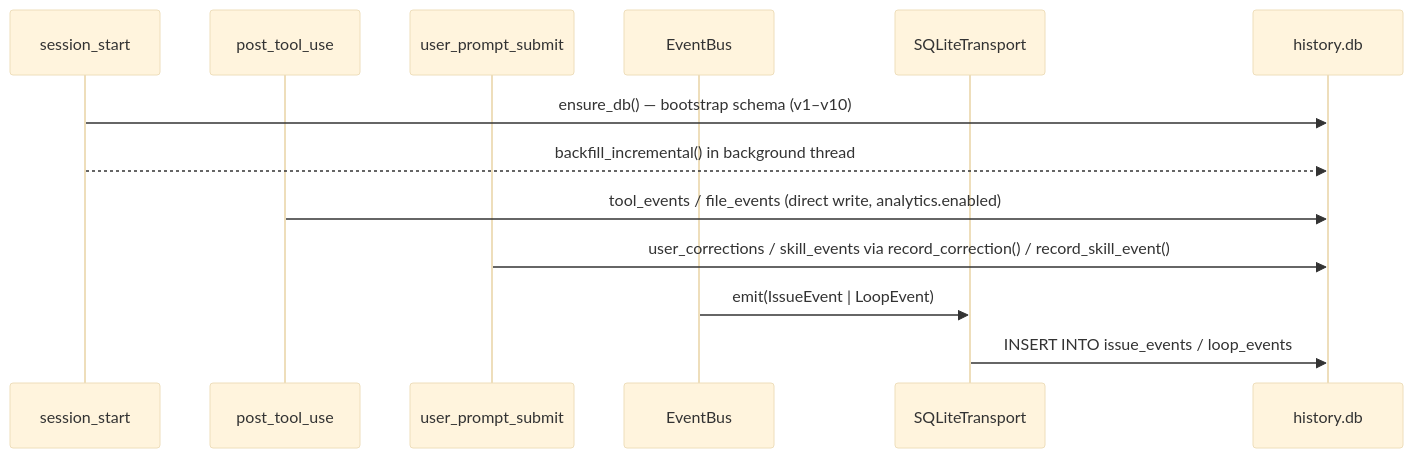
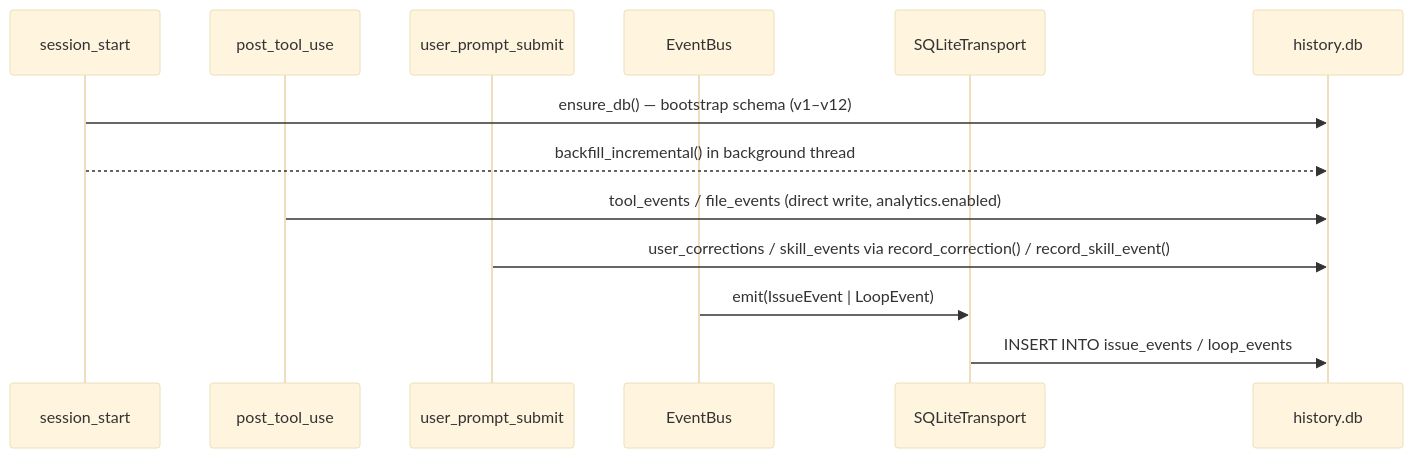
The fifth of 16 diagrams in docs/ARCHITECTURE.md (BrennonTWilliams/little-loops), drawn with Mermaid (base theme) before and after one commit. The commit also changed other lines of this file and 11 other files, not shown here.

First line of the commit message:
improve(session-store): schema v12 — add level column and cross-session dedup index

````diff
--- a/docs/ARCHITECTURE.md
+++ b/docs/ARCHITECTURE.md
@@ -598,16 +600,16 @@
 ```mermaid
 sequenceDiagram
     participant SS as session_start
     participant PTU as post_tool_use
     participant UPS as user_prompt_submit
     participant EB as EventBus
     participant ST as SQLiteTransport
     participant DB as history.db
 
-    SS->>DB: ensure_db() — bootstrap schema (v1–v10)
+    SS->>DB: ensure_db() — bootstrap schema (v1–v12)
     SS-->>DB: backfill_incremental() in background thread
     PTU->>DB: tool_events / file_events (direct write, analytics.enabled)
     UPS->>DB: user_corrections / skill_events via record_correction() / record_skill_event()
     EB->>ST: emit(IssueEvent | LoopEvent)
     ST->>DB: INSERT INTO issue_events / loop_events
 ```
````
